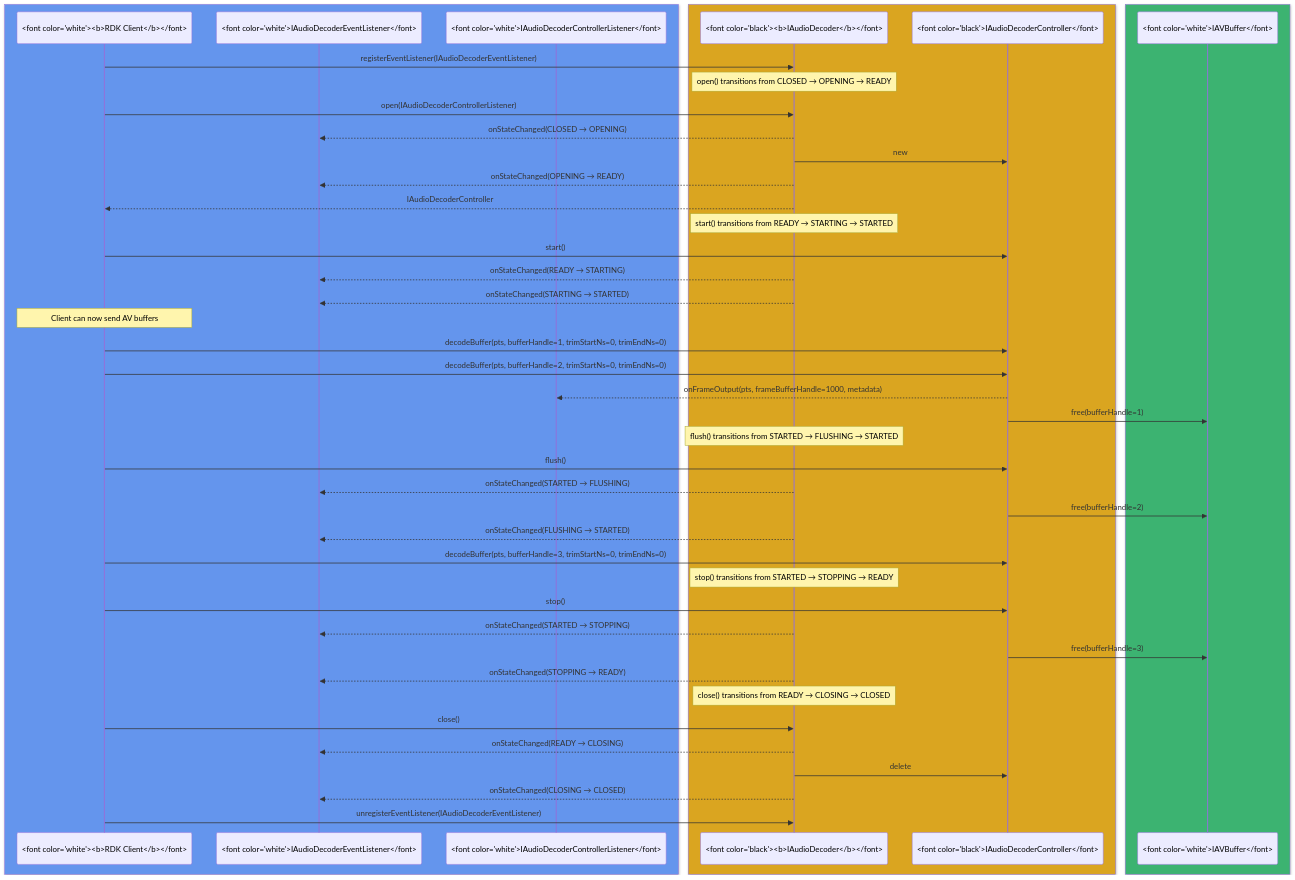
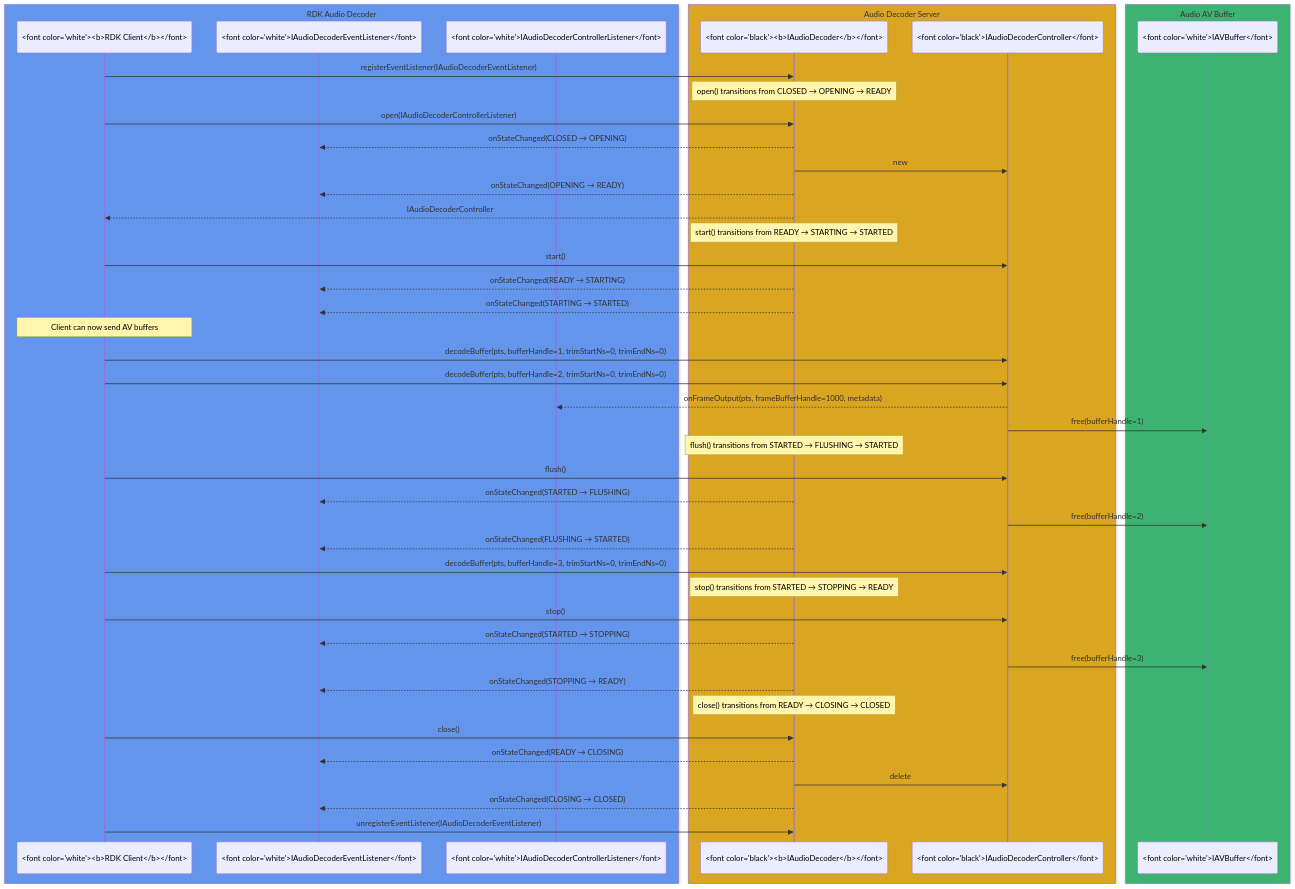
Before and after one commit to rdkcentral/rdk-halif-aidl: the third of 3 diagrams in docs/halif/audio_decoder/current/audio_decoder.md, drawn with Mermaid. The commit also changed other lines of this file and 27 other files, not shown here.

````diff
--- a/docs/halif/audio_decoder/current/audio_decoder.md
+++ b/docs/halif/audio_decoder/current/audio_decoder.md
@@ -346,60 +348,60 @@
 ```mermaid
 sequenceDiagram
     %% RDK Audio Decoder Box with contrasting text
-    box rgb(100,149,237)
+    box rgb(100,149,237) RDK Audio Decoder 
       participant Client as <font color="white"><b>RDK Client</b></font>
       participant IAudioDecoderEventListener as <font color="white">IAudioDecoderEventListener</font>
       participant IAudioDecoderControllerListener as <font color="white">IAudioDecoderControllerListener</font>
     end
     
     %% Audio Decoder Server Box with contrasting text
-    box rgb(218,165,32)
+    box rgb(218,165,32) Audio Decoder Server
       participant ADC as <font color="black"><b>IAudioDecoder</b></font>
       participant Controller as <font color="black">IAudioDecoderController</font>
     end
     
     %% Audio AV Buffer Box with contrasting text
-    box rgb(60,179,113)
+    box rgb(60,179,113) Audio AV Buffer
       participant IAVBuffer as <font color="white">IAVBuffer</font>
     end
 
     Client->>ADC: registerEventListener(IAudioDecoderEventListener)
     
     Note over ADC: open() transitions from CLOSED → OPENING → READY
     Client->>ADC: open(IAudioDecoderControllerListener)
     ADC-->>IAudioDecoderEventListener: onStateChanged(CLOSED → OPENING)
     ADC->>Controller: new
     ADC-->>IAudioDecoderEventListener: onStateChanged(OPENING → READY)
     ADC-->>Client: IAudioDecoderController
 
     Note over ADC: start() transitions from READY → STARTING → STARTED
     Client->>Controller: start()
     ADC-->>IAudioDecoderEventListener: onStateChanged(READY → STARTING)
     ADC-->>IAudioDecoderEventListener: onStateChanged(STARTING → STARTED)
 
     Note over Client: Client can now send AV buffers
     Client->>Controller: decodeBuffer(pts, bufferHandle=1, trimStartNs=0, trimEndNs=0)
     Client->>Controller: decodeBuffer(pts, bufferHandle=2, trimStartNs=0, trimEndNs=0)
     Controller-->>IAudioDecoderControllerListener: onFrameOutput(pts, frameBufferHandle=1000, metadata)
     Controller->>IAVBuffer: free(bufferHandle=1)
 
     Note over ADC: flush() transitions from STARTED → FLUSHING → STARTED
     Client->>Controller: flush()
     ADC-->>IAudioDecoderEventListener: onStateChanged(STARTED → FLUSHING)
     Controller->>IAVBuffer: free(bufferHandle=2)
     ADC-->>IAudioDecoderEventListener: onStateChanged(FLUSHING → STARTED)
     Client->>Controller: decodeBuffer(pts, bufferHandle=3, trimStartNs=0, trimEndNs=0)
 
     Note over ADC: stop() transitions from STARTED → STOPPING → READY
     Client->>Controller: stop()
     ADC-->>IAudioDecoderEventListener: onStateChanged(STARTED → STOPPING)
     Controller->>IAVBuffer: free(bufferHandle=3)
     ADC-->>IAudioDecoderEventListener: onStateChanged(STOPPING → READY)
 
     Note over ADC: close() transitions from READY → CLOSING → CLOSED
     Client->>ADC: close()
     ADC-->>IAudioDecoderEventListener: onStateChanged(READY → CLOSING)
     ADC->>Controller: delete
     ADC-->>IAudioDecoderEventListener: onStateChanged(CLOSING → CLOSED)
     Client->>ADC: unregisterEventListener(IAudioDecoderEventListener)
 ```
````
